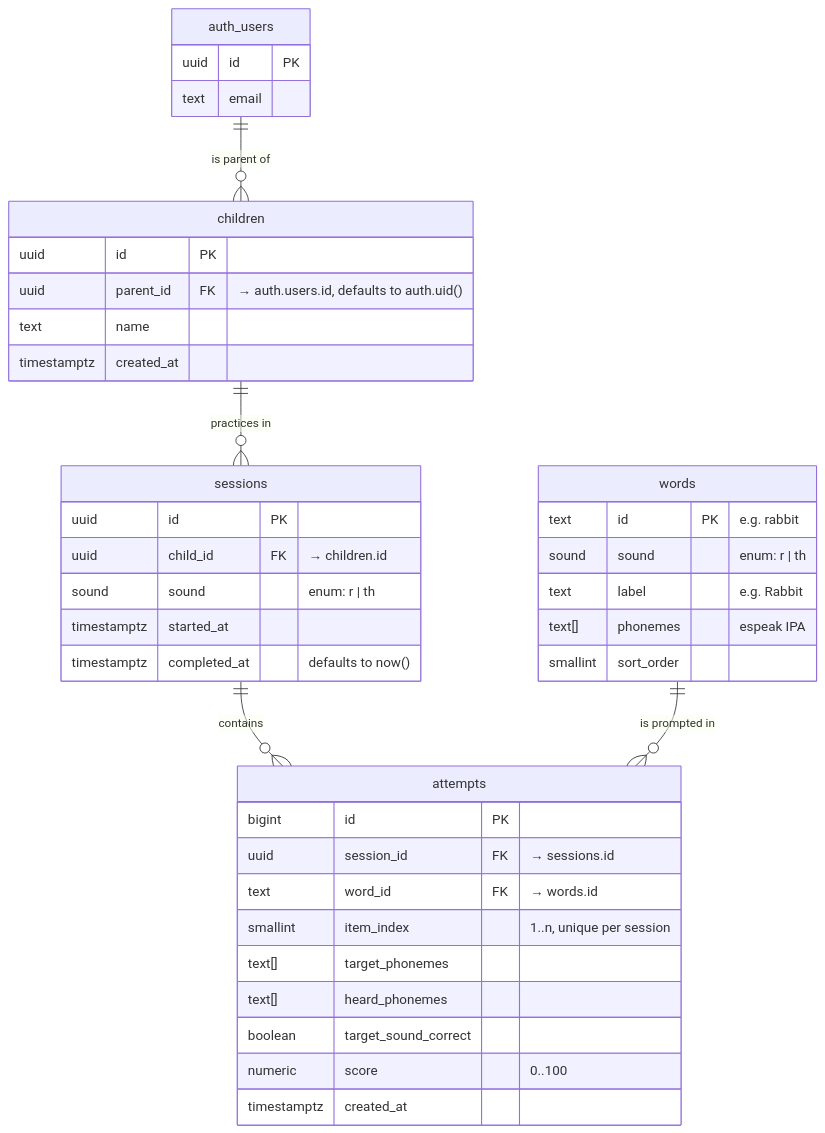
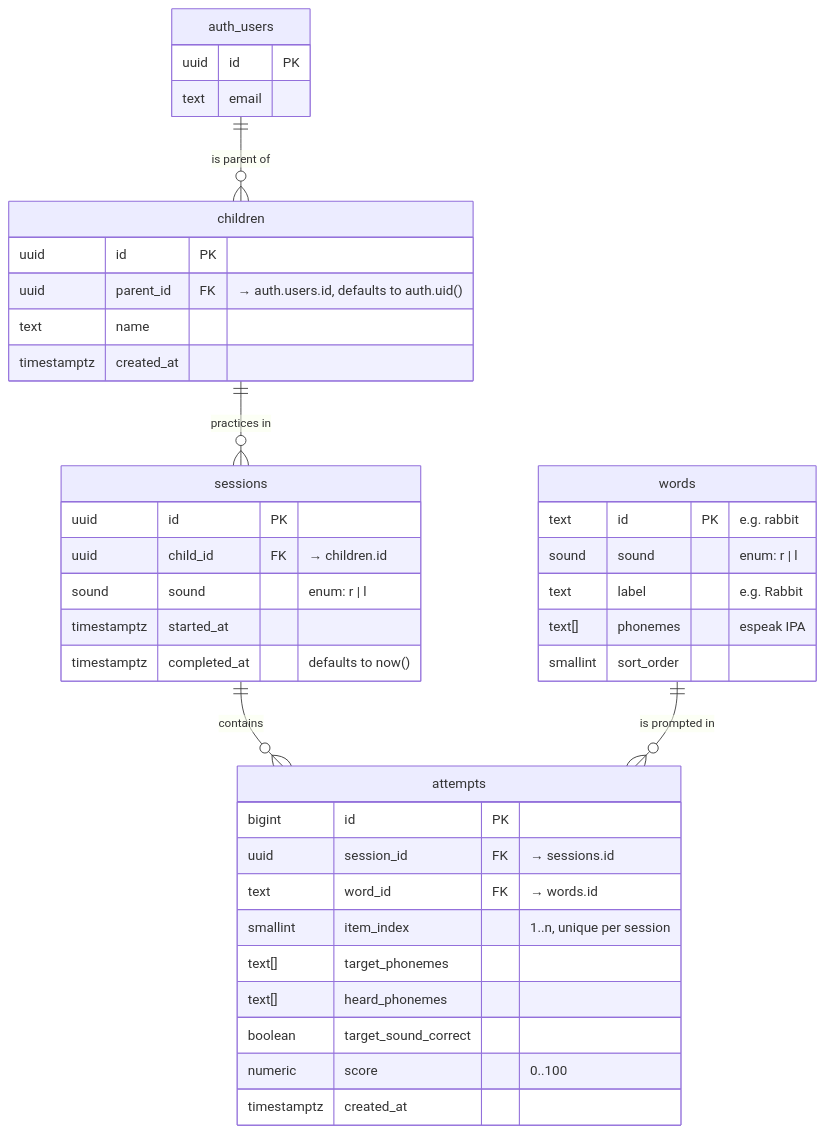
The first of 2 diagrams in web/supabase/SCHEMA.md (mar10fam/chatterbox), drawn with Mermaid before and after one commit. The commit also changed other lines of this file and 10 other files, not shown here.

````diff
--- a/web/supabase/SCHEMA.md
+++ b/web/supabase/SCHEMA.md
@@ -14,47 +19,47 @@
 ```mermaid
 erDiagram
     auth_users ||--o{ children : "is parent of"
     children   ||--o{ sessions : "practices in"
     sessions   ||--o{ attempts : "contains"
     words      ||--o{ attempts : "is prompted in"
 
     auth_users {
         uuid id PK
         text email
     }
 
     children {
         uuid id PK
         uuid parent_id FK "→ auth.users.id, defaults to auth.uid()"
         text name
         timestamptz created_at
     }
 
     sessions {
         uuid id PK
         uuid child_id FK "→ children.id"
-        sound sound "enum: r | th"
+        sound sound "enum: r | l"
         timestamptz started_at
         timestamptz completed_at "defaults to now()"
     }
 
     attempts {
         bigint id PK
         uuid session_id FK "→ sessions.id"
         text word_id FK "→ words.id"
         smallint item_index "1..n, unique per session"
         text[] target_phonemes
         text[] heard_phonemes
         boolean target_sound_correct
         numeric score "0..100"
         timestamptz created_at
     }
 
     words {
         text id PK "e.g. rabbit"
-        sound sound "enum: r | th"
+        sound sound "enum: r | l"
         text label "e.g. Rabbit"
         text[] phonemes "espeak IPA"
         smallint sort_order
     }
 ```
````
